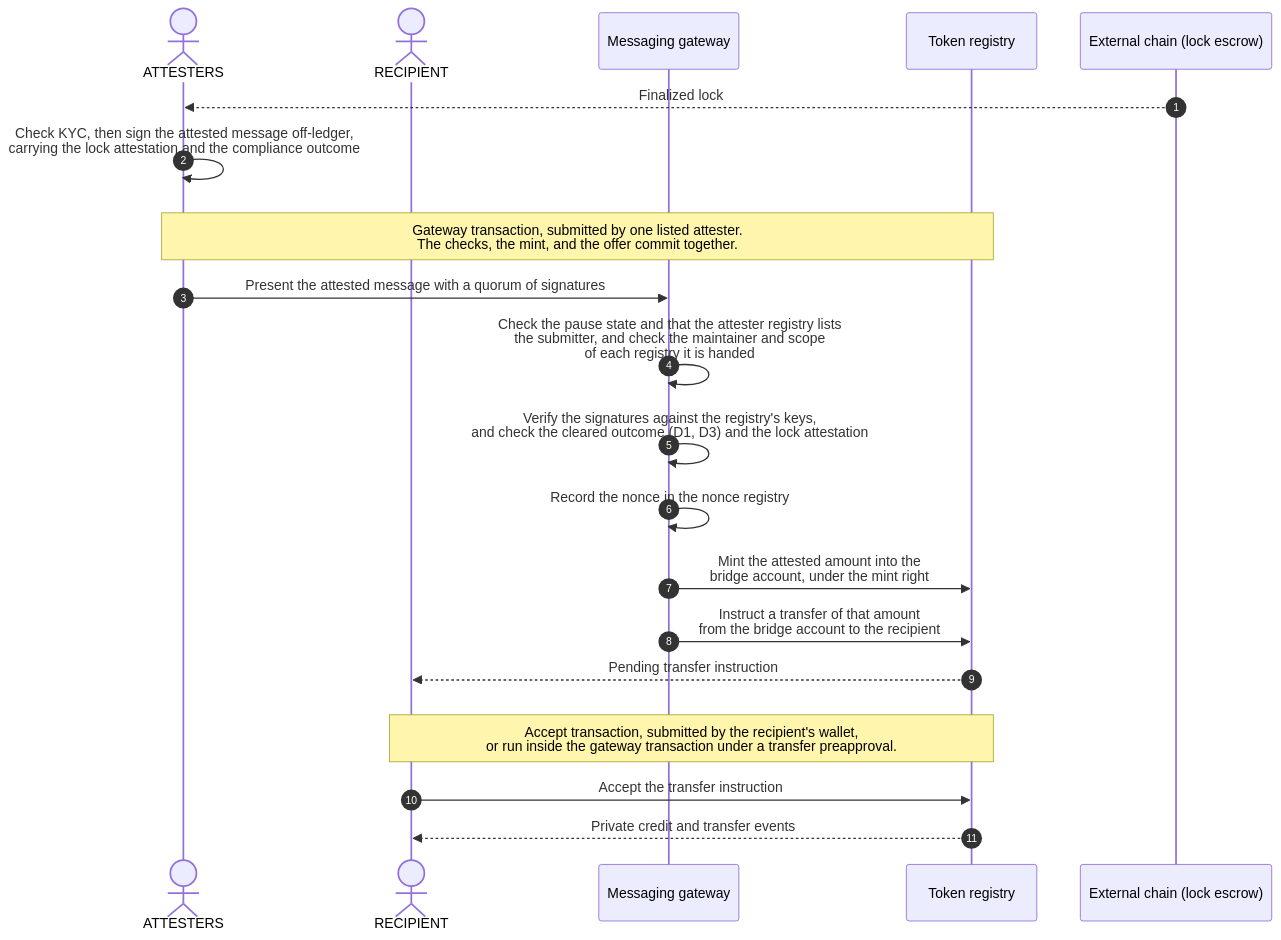
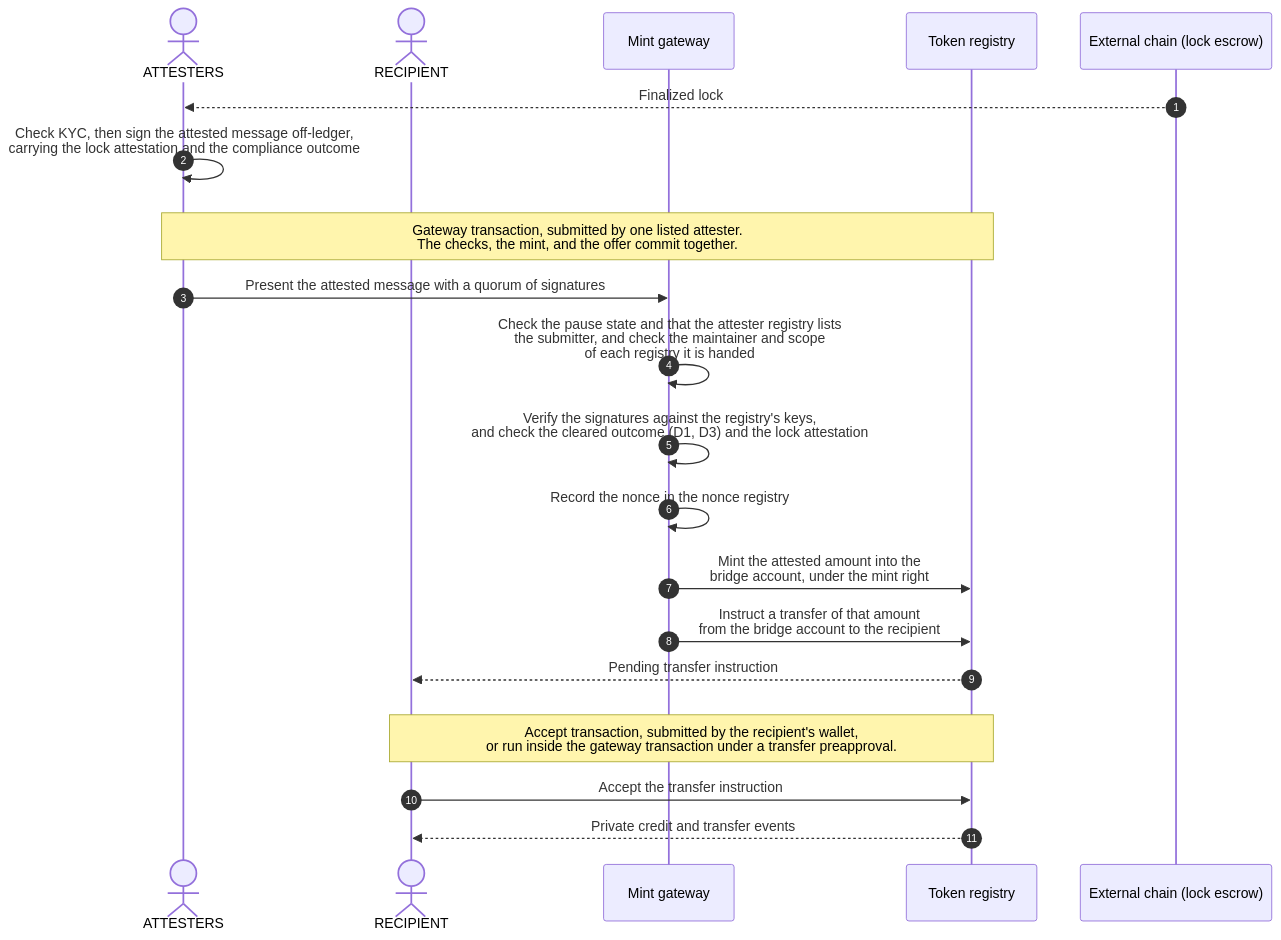
The second of 4 diagrams in docs/reference-architectures/cross-chain-stablecoin.md (OpenZeppelin/canton-specs), drawn with Mermaid before and after one commit. The commit also changed other lines of this file, not shown here.

First line of the commit message:
docs: rename the messaging gateway to the mint gateway

````diff
--- a/docs/reference-architectures/cross-chain-stablecoin.md
+++ b/docs/reference-architectures/cross-chain-stablecoin.md
@@ -396,27 +396,27 @@
 ```mermaid
 sequenceDiagram
     autonumber
     actor Attesters as ATTESTERS
     actor Recipient as RECIPIENT
-    participant App as Messaging gateway
+    participant App as Mint gateway
     participant Registry as Token registry
     participant Chain as External chain (lock escrow)
 
     Chain-->>Attesters: Finalized lock
     Attesters->>Attesters: Check KYC, then sign the attested message off-ledger,<br/>carrying the lock attestation and the compliance outcome
     rect rgba(255, 255, 255, .1)
         Note over Attesters,Registry: Gateway transaction, submitted by one listed attester.<br/>The checks, the mint, and the offer commit together.
         Attesters->>App: Present the attested message with a quorum of signatures
         App->>App: Check the pause state and that the attester registry lists<br/>the submitter, and check the maintainer and scope<br/>of each registry it is handed
         App->>App: Verify the signatures against the registry's keys,<br/>and check the cleared outcome (D1, D3) and the lock attestation
         App->>App: Record the nonce in the nonce registry
         App->>Registry: Mint the attested amount into the<br/>bridge account, under the mint right
         App->>Registry: Instruct a transfer of that amount<br/>from the bridge account to the recipient
         Registry-->>Recipient: Pending transfer instruction
     end
     rect rgba(255, 255, 255, .1)
         Note over Recipient,Registry: Accept transaction, submitted by the recipient's wallet,<br/>or run inside the gateway transaction under a transfer preapproval.
         Recipient->>Registry: Accept the transfer instruction
         Registry-->>Recipient: Private credit and transfer events
     end
 ```
````
